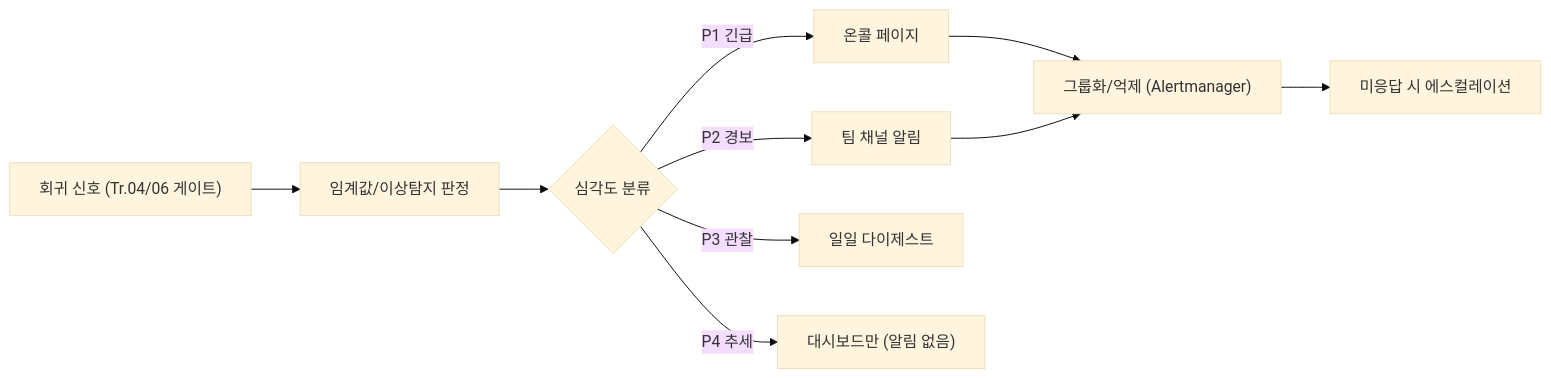
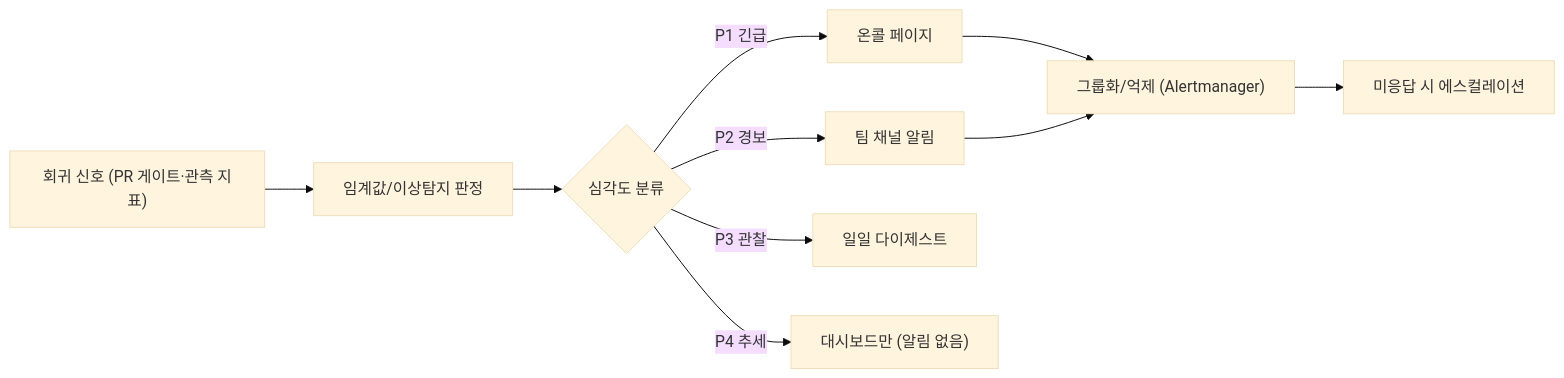
One commit to 42jerrykim/42jerrykim.github.io changed the diagram in content/collection/optimization-12-regression-prevention/09-alerting-strategy/index.md. Above: the diagram before and after it, drawn with Mermaid (base theme). The commit also changed other lines of this file and 1 other file, not shown here.

````diff
--- a/content/collection/optimization-12-regression-prevention/09-alerting-strategy/index.md
+++ b/content/collection/optimization-12-regression-prevention/09-alerting-strategy/index.md
@@ -124,12 +124,12 @@
 ```mermaid
 flowchart LR
-  signal["회귀 신호 (Tr.04/06 게이트)"] --> classify["임계값/이상탐지 판정"]
+  signal["회귀 신호 (PR 게이트·관측 지표)"] --> classify["임계값/이상탐지 판정"]
   classify --> severity{"심각도 분류"}
   severity -->|"P1 긴급"| page["온콜 페이지"]
   severity -->|"P2 경보"| ticket["팀 채널 알림"]
   severity -->|"P3 관찰"| digest["일일 다이제스트"]
   severity -->|"P4 추세"| board["대시보드만 (알림 없음)"]
   page --> dedup["그룹화/억제 (Alertmanager)"]
   ticket --> dedup
   dedup --> escalate["미응답 시 에스컬레이션"]
 ```
````
